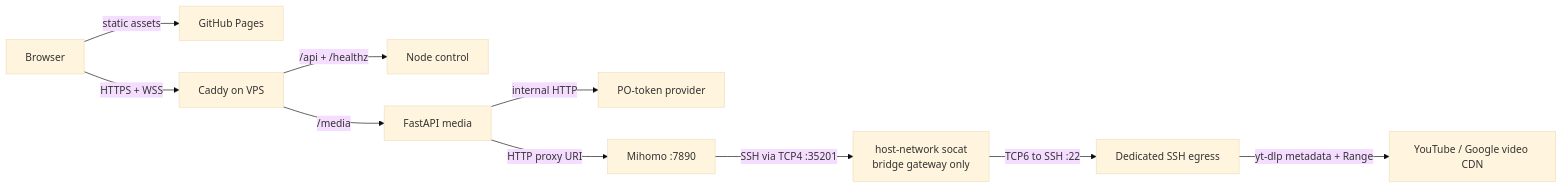
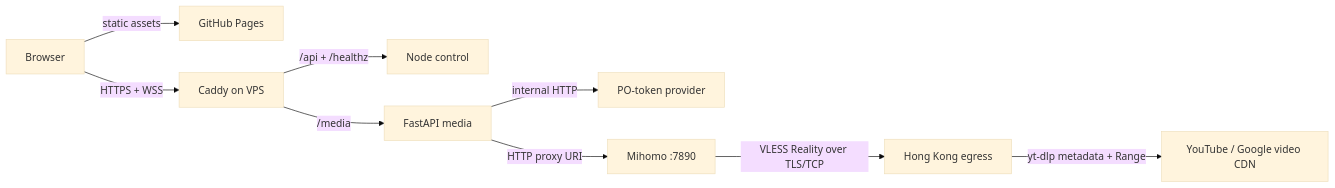
Before and after one commit to ypnomania/DreamStream99: the diagram in README.md, drawn with Mermaid (base theme). The commit also changed other lines of this file and 17 other files, not shown here.

Commit message:
Deploy through isolated Hong Kong media egress

````diff
--- a/README.md
+++ b/README.md
@@ -35,12 +34,11 @@
 ```mermaid
 flowchart LR
     B[Browser] -->|static assets| P[GitHub Pages]
     B -->|HTTPS + WSS| G[Caddy on VPS]
     G -->|/api + /healthz| C[Node control]
     G -->|/media| M[FastAPI media]
     M -->|internal HTTP| T[PO-token provider]
     M -->|HTTP proxy URI| E[Mihomo :7890]
-    E -->|SSH via TCP4 :35201| R[host-network socat<br/>bridge gateway only]
-    R -->|TCP6 to SSH :22| S[Dedicated SSH egress]
-    S -->|yt-dlp metadata + Range| Y[YouTube / Google video CDN]
+    E -->|VLESS Reality over TLS/TCP| H[Hong Kong egress]
+    H -->|yt-dlp metadata + Range| Y[YouTube / Google video CDN]
 ```
````
